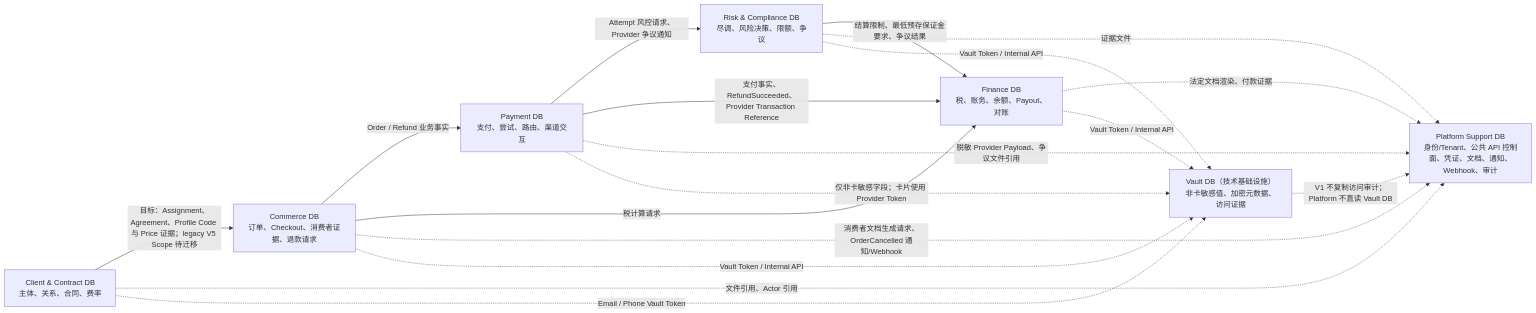
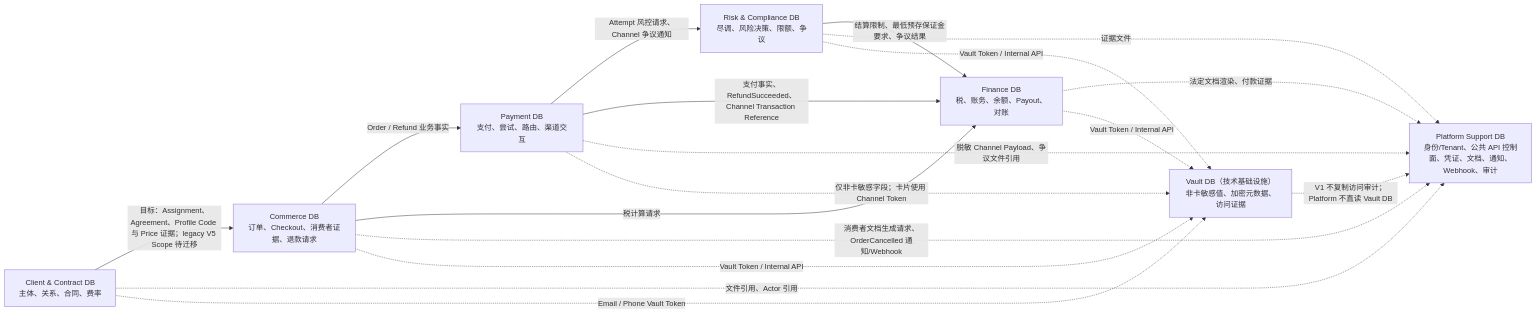
Before and after one commit to kenny0924/paytech: the first of 4 diagrams in agent-docs/database/README.md, drawn with Mermaid. The commit also changed other lines of this file and 124 other files, not shown here.

````diff
--- a/agent-docs/database/README.md
+++ b/agent-docs/database/README.md
@@ -32,28 +34,28 @@
 ```mermaid
 flowchart LR
     CCT["Client & Contract DB\n主体、关系、合同、费率"]
     COM["Commerce DB\n订单、Checkout、消费者证据、退款请求"]
     PAY["Payment DB\n支付、尝试、路由、渠道交互"]
     RISK["Risk & Compliance DB\n尽调、风险决策、限额、争议"]
     FIN["Finance DB\n税、账务、余额、Payout、对账"]
     SUP["Platform Support DB\n身份/Tenant、公共 API 控制面、凭证、文档、通知、Webhook、审计"]
     VAULT["Vault DB（技术基础设施）\n非卡敏感值、加密元数据、访问证据"]
 
     CCT -->|"目标：Assignment、Agreement、Profile Code 与 Price 证据；legacy V5 Scope 待迁移"| COM
     COM -->|"Order / Refund 业务事实"| PAY
-    PAY -->|"Attempt 风控请求、Provider 争议通知"| RISK
+    PAY -->|"Attempt 风控请求、Channel 争议通知"| RISK
     COM -->|"税计算请求"| FIN
-    PAY -->|"支付事实、RefundSucceeded、Provider Transaction Reference"| FIN
+    PAY -->|"支付事实、RefundSucceeded、Channel Transaction Reference"| FIN
     RISK -->|"结算限制、最低预存保证金要求、争议结果"| FIN
     CCT -.->|"文件引用、Actor 引用"| SUP
     COM -.->|"消费者文档生成请求、OrderCancelled 通知/Webhook"| SUP
     RISK -.->|"证据文件"| SUP
     FIN -.->|"法定文档渲染、付款证据"| SUP
-    PAY -.->|"脱敏 Provider Payload、争议文件引用"| SUP
+    PAY -.->|"脱敏 Channel Payload、争议文件引用"| SUP
     CCT -.->|"Email / Phone Vault Token"| VAULT
     COM -.->|"Vault Token / Internal API"| VAULT
-    PAY -.->|"仅非卡敏感字段；卡片使用 Provider Token"| VAULT
+    PAY -.->|"仅非卡敏感字段；卡片使用 Channel Token"| VAULT
     RISK -.->|"Vault Token / Internal API"| VAULT
     FIN -.->|"Vault Token / Internal API"| VAULT
     VAULT -.->|"V1 不复制访问审计；Platform 不直读 Vault DB"| SUP
 ```
````
